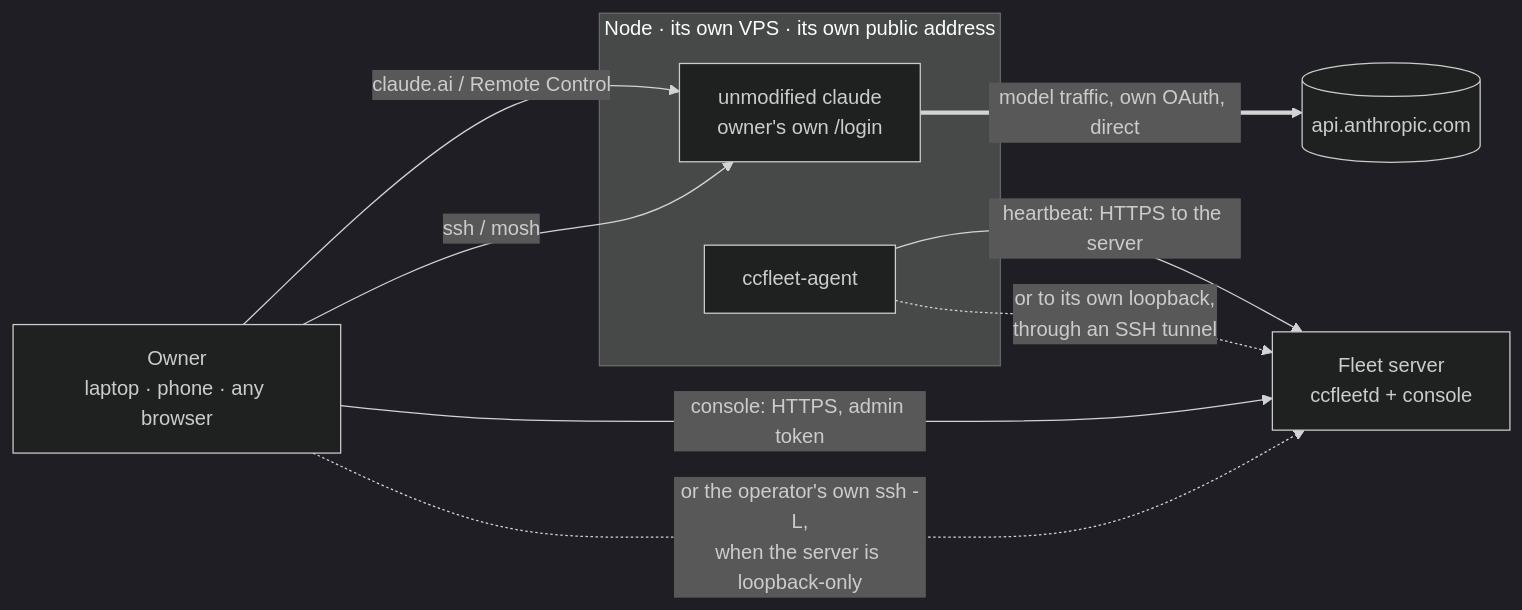
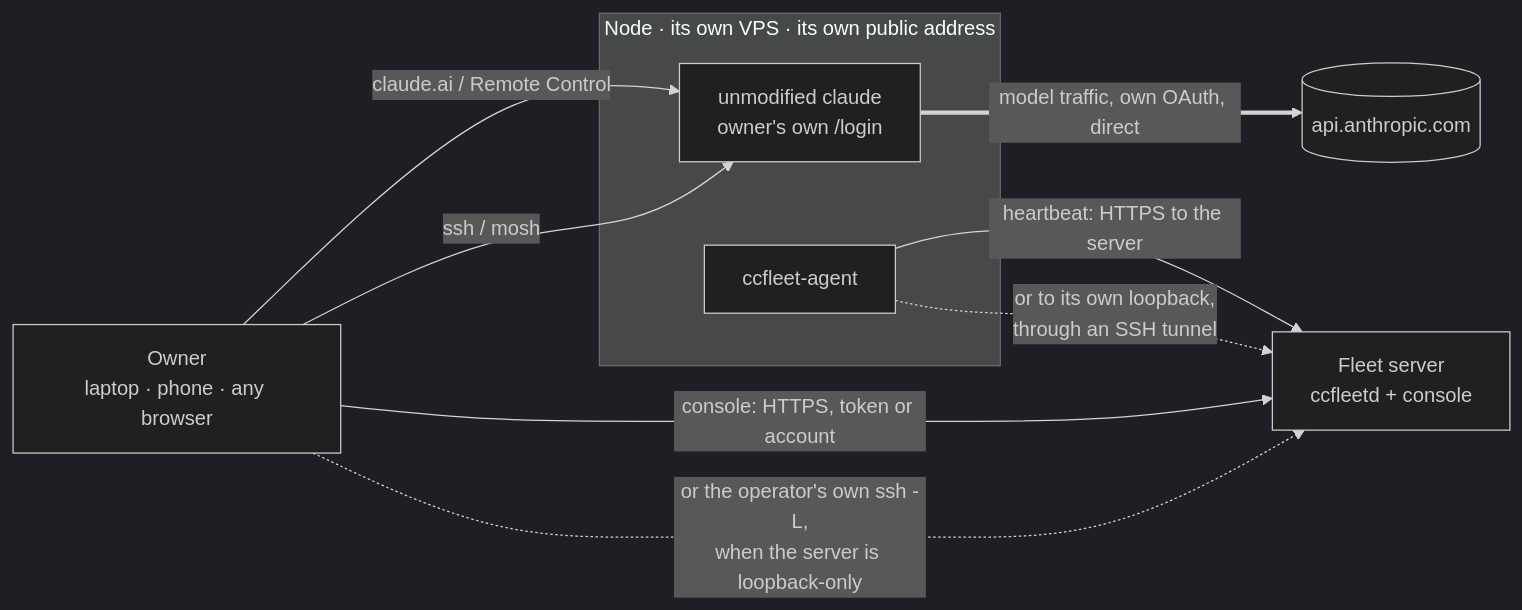
The second of 4 diagrams in docs/design.md (cdcupt/ccfleet), drawn with Mermaid (dark theme) before and after one commit. The commit also changed other lines of this file and 2 other files, not shown here.

First line of the commit message:
[agent] docs: the guidebook never mentioned console accounts (#26)

````diff
--- a/docs/design.md
+++ b/docs/design.md
@@ -43,18 +43,18 @@
 ```mermaid
 flowchart LR
   U[Owner<br/>laptop · phone · any browser]
   subgraph N [Node · its own VPS · its own public address]
     CC[unmodified claude<br/>owner's own /login]
     AG[ccfleet-agent]
   end
   FS[Fleet server<br/>ccfleetd + console]
   API[(api.anthropic.com)]
 
   U -- claude.ai / Remote Control --> CC
   U -- ssh / mosh --> CC
   CC == model traffic, own OAuth, direct ==> API
   AG -- heartbeat: HTTPS to the server --> FS
   AG -. or to its own loopback,<br/>through an SSH tunnel .-> FS
-  U -- console: HTTPS, admin token --> FS
+  U -- console: HTTPS, token or account --> FS
   U -. or the operator's own ssh -L,<br/>when the server is loopback-only .-> FS
 ```
````
